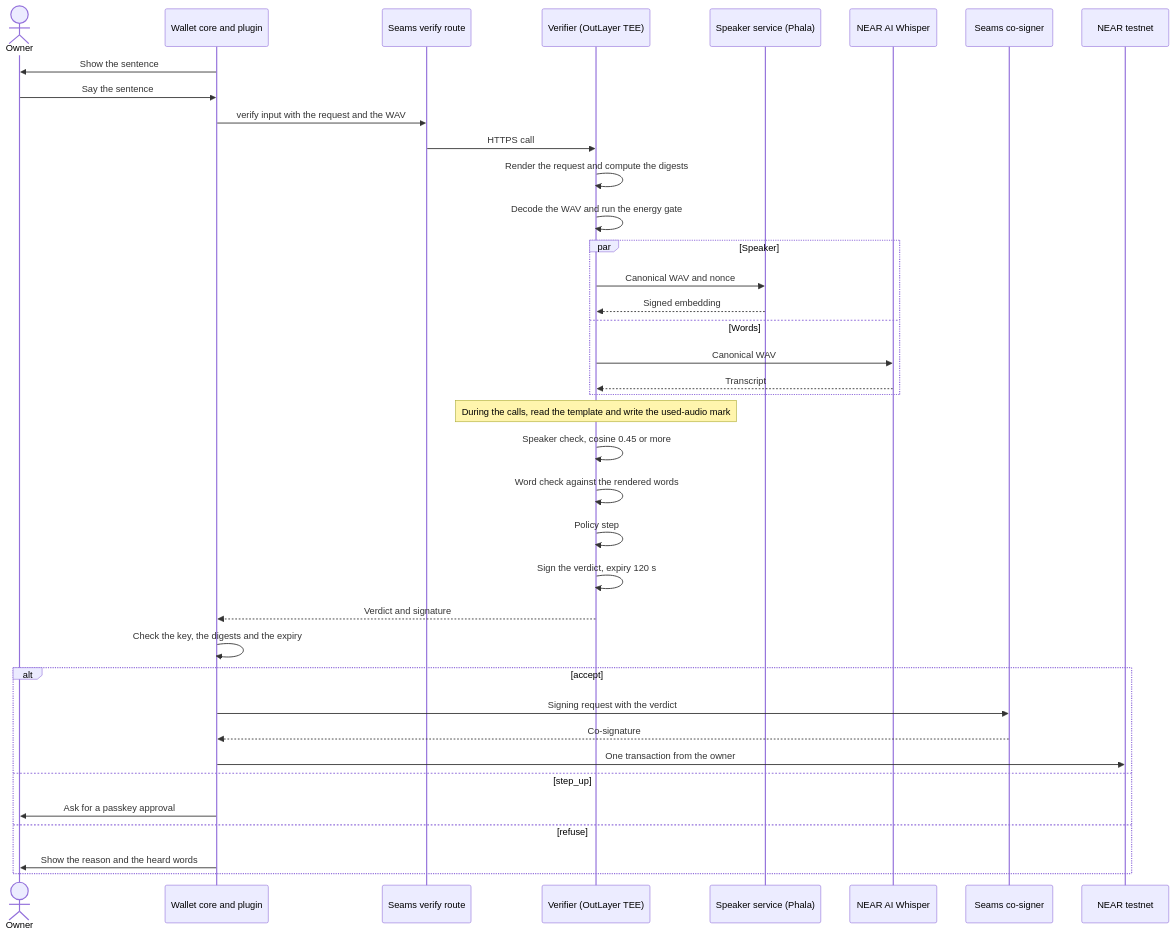
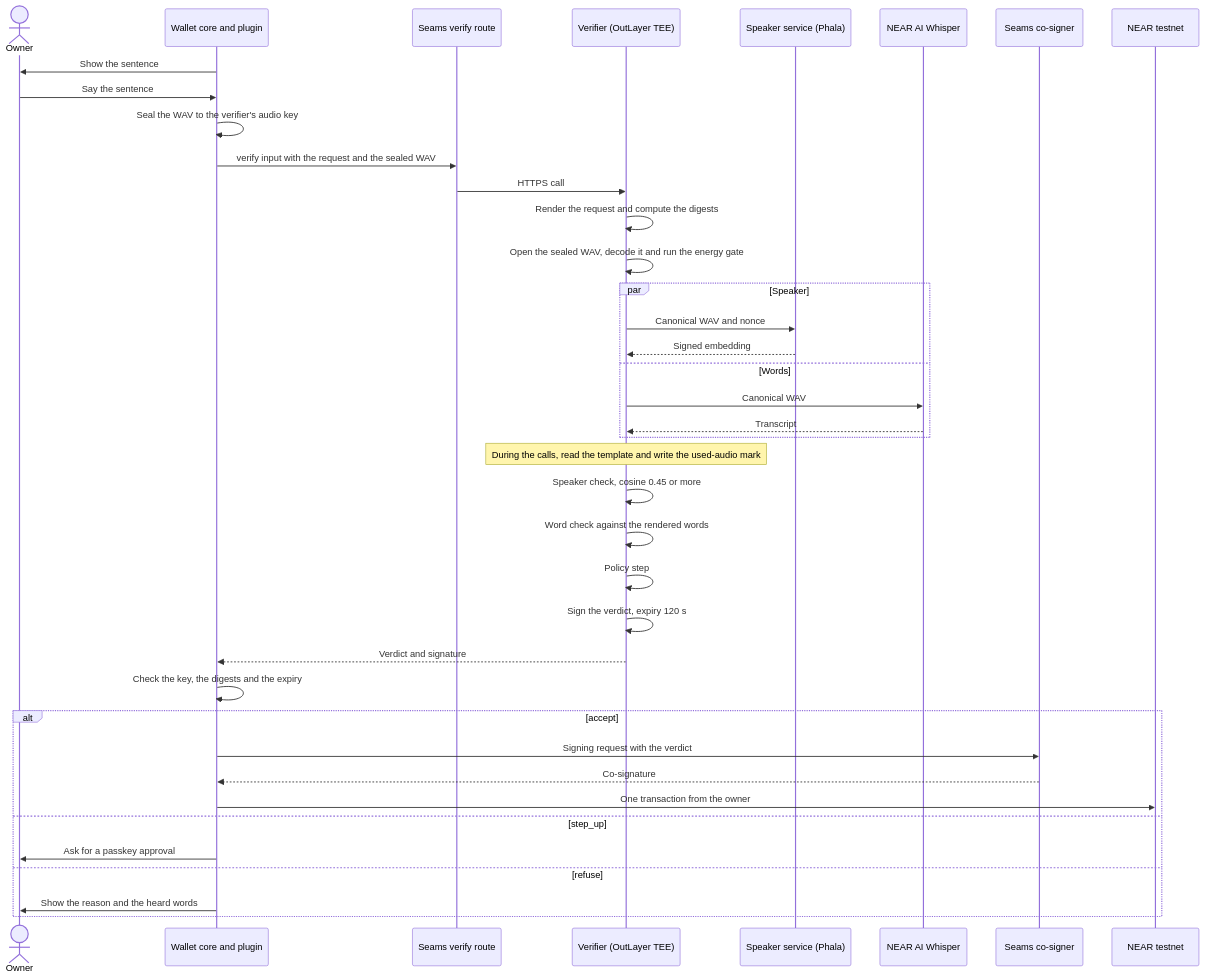
Before and after one commit to seams-tech/speak-to-sign: the fourth of 9 diagrams in docs/architecture.md, drawn with Mermaid. The commit also changed other lines of this file and 2 other files, not shown here.

First line of the commit message:
Docs: the confidential audio path, with a diagram

````diff
--- a/docs/architecture.md
+++ b/docs/architecture.md
@@ -121,41 +121,42 @@
 ```mermaid
 sequenceDiagram
   actor Owner
   participant Wallet as Wallet core and plugin
   participant Route as Seams verify route
   participant Verifier as Verifier (OutLayer TEE)
   participant Speaker as Speaker service (Phala)
   participant Whisper as NEAR AI Whisper
   participant Cosigner as Seams co-signer
   participant Chain as NEAR testnet
 
   Wallet->>Owner: Show the sentence
   Owner->>Wallet: Say the sentence
-  Wallet->>Route: verify input with the request and the WAV
+  Wallet->>Wallet: Seal the WAV to the verifier's audio key
+  Wallet->>Route: verify input with the request and the sealed WAV
   Route->>Verifier: HTTPS call
   Verifier->>Verifier: Render the request and compute the digests
-  Verifier->>Verifier: Decode the WAV and run the energy gate
+  Verifier->>Verifier: Open the sealed WAV, decode it and run the energy gate
   par Speaker
     Verifier->>Speaker: Canonical WAV and nonce
     Speaker-->>Verifier: Signed embedding
   and Words
     Verifier->>Whisper: Canonical WAV
     Whisper-->>Verifier: Transcript
   end
   Note over Verifier: During the calls, read the template and write the used-audio mark
   Verifier->>Verifier: Speaker check, cosine 0.45 or more
   Verifier->>Verifier: Word check against the rendered words
   Verifier->>Verifier: Policy step
   Verifier->>Verifier: Sign the verdict, expiry 120 s
   Verifier-->>Wallet: Verdict and signature
   Wallet->>Wallet: Check the key, the digests and the expiry
   alt accept
     Wallet->>Cosigner: Signing request with the verdict
     Cosigner-->>Wallet: Co-signature
     Wallet->>Chain: One transaction from the owner
   else step_up
     Wallet->>Owner: Ask for a passkey approval
   else refuse
     Wallet->>Owner: Show the reason and the heard words
   end
 ```
````
